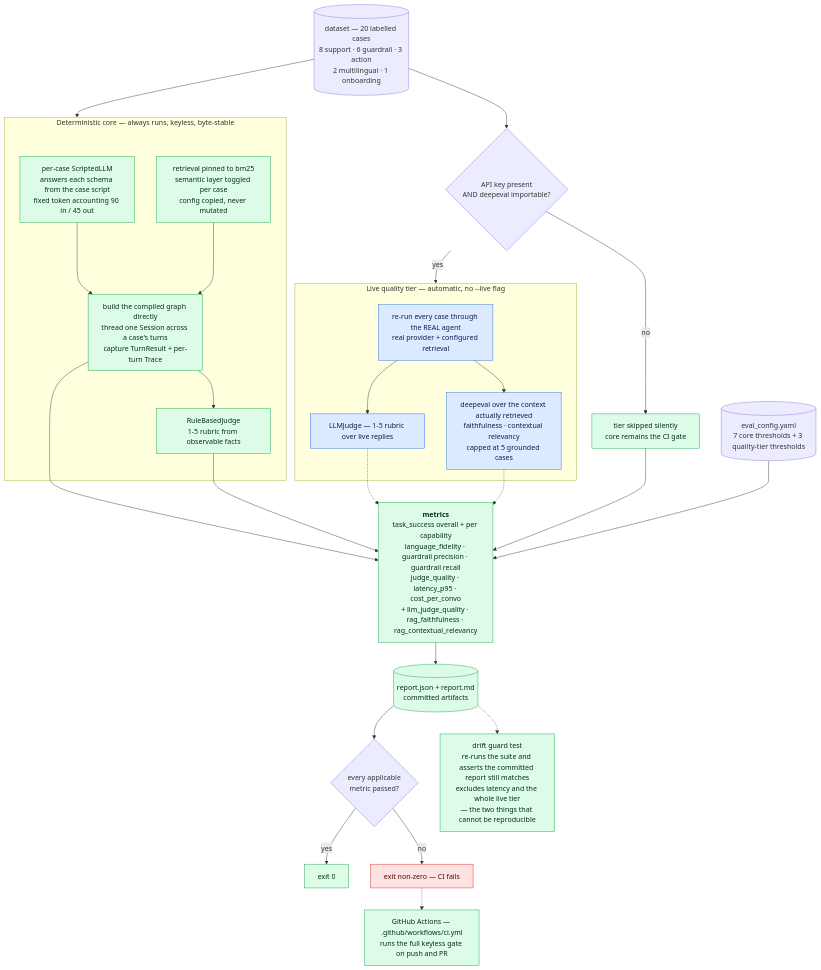
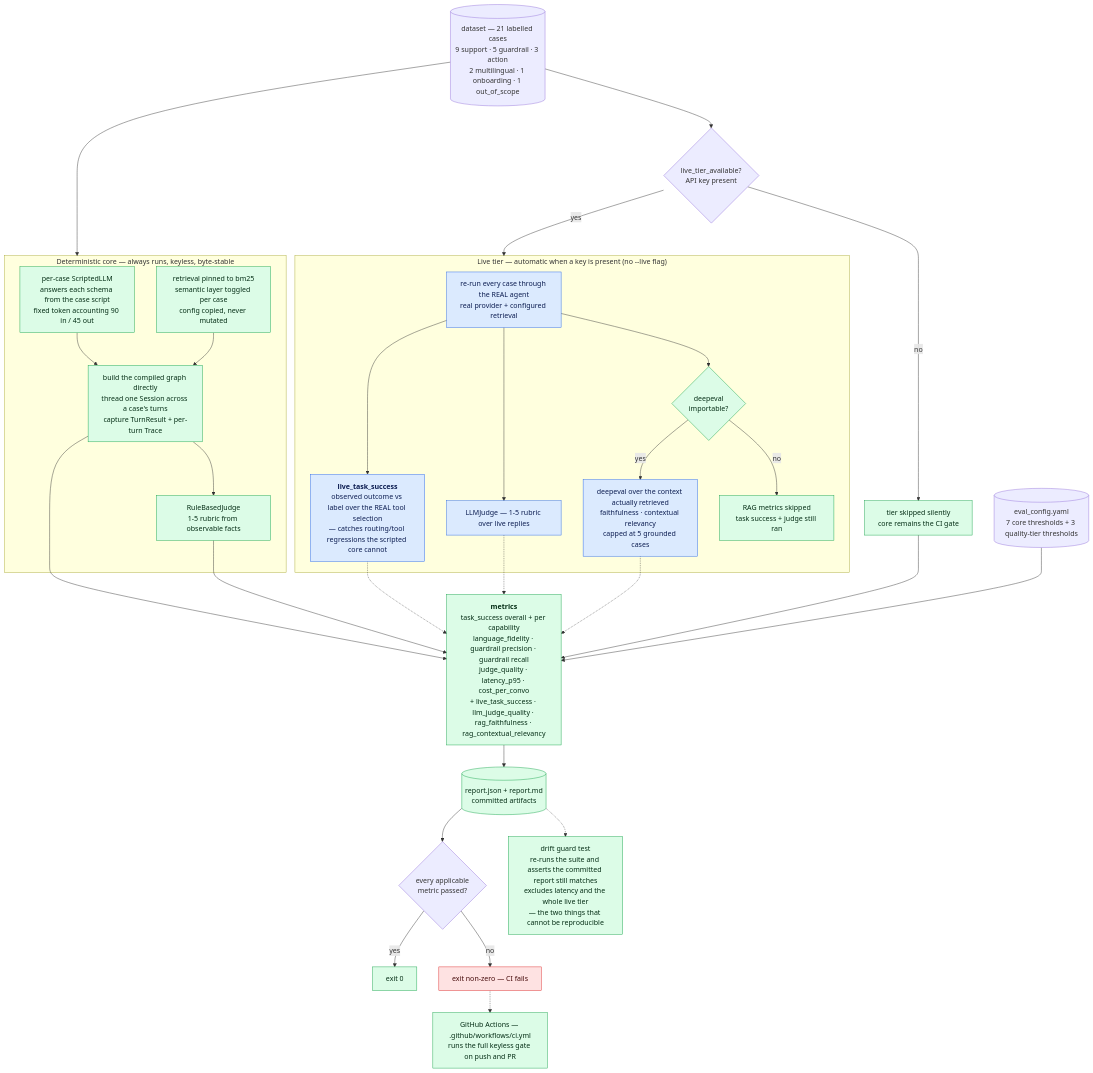
The diagram in docs/layer-6-evaluation.md (Deyber2000/zapp-ai-agent), drawn with Mermaid before and after one commit. The commit also changed 7 other files, not shown here.

Commit message:
docs: reconcile to the agent core + component map & refreshed layer diagrams

````diff
--- a/docs/layer-6-evaluation.md
+++ b/docs/layer-6-evaluation.md
@@ -13,54 +13,58 @@
 ```mermaid
 flowchart TB
-    DS[("dataset — 20 labelled cases<br/>8 support · 6 guardrail · 3 action<br/>2 multilingual · 1 onboarding")]
+    DS[("dataset — 21 labelled cases<br/>9 support · 5 guardrail · 3 action<br/>2 multilingual · 1 onboarding · 1 out_of_scope")]
     TH[("eval_config.yaml<br/>7 core thresholds + 3 quality-tier thresholds")]
 
     DS --> CORE
     subgraph CORE["Deterministic core — always runs, keyless, byte-stable"]
         SCR["per-case ScriptedLLM<br/>answers each schema from the case script<br/>fixed token accounting 90 in / 45 out"]
         PIN["retrieval pinned to bm25<br/>semantic layer toggled per case<br/>config copied, never mutated"]
         RUN["build the compiled graph directly<br/>thread one Session across a case's turns<br/>capture TurnResult + per-turn Trace"]
         SCR --> RUN
         PIN --> RUN
         RUN --> RJ["RuleBasedJudge<br/>1-5 rubric from observable facts"]
     end
 
-    KEYQ{"API key present<br/>AND deepeval importable?"}
+    KEYQ{"live_tier_available?<br/>API key present"}
     DS --> KEYQ
     KEYQ -->|no| SKIP["tier skipped silently<br/>core remains the CI gate"]
     KEYQ -->|yes| LIVE
 
-    subgraph LIVE["Live quality tier — automatic, no --live flag"]
+    subgraph LIVE["Live tier — automatic when a key is present (no --live flag)"]
         REAL["re-run every case through the REAL agent<br/>real provider + configured retrieval"]
+        REAL --> LTS["<b>live_task_success</b><br/>observed outcome vs label over the REAL tool selection<br/>— catches routing/tool regressions the scripted core cannot"]
         REAL --> LJ["LLMJudge — 1-5 rubric over live replies"]
-        REAL --> DE["deepeval over the context actually retrieved<br/>faithfulness · contextual relevancy<br/>capped at 5 grounded cases"]
+        REAL --> DEQ{"deepeval<br/>importable?"}
+        DEQ -->|yes| DE["deepeval over the context actually retrieved<br/>faithfulness · contextual relevancy<br/>capped at 5 grounded cases"]
+        DEQ -->|no| DESK["RAG metrics skipped<br/>task success + judge still ran"]
     end
 
     RUN --> M
     RJ --> M
+    LTS -.-> M
     LJ -.-> M
     DE -.-> M
     SKIP --> M
     TH --> M
 
-    M["<b>metrics</b><br/>task_success overall + per capability<br/>language_fidelity · guardrail precision · guardrail recall<br/>judge_quality · latency_p95 · cost_per_convo<br/>+ llm_judge_quality · rag_faithfulness · rag_contextual_relevancy"]
+    M["<b>metrics</b><br/>task_success overall + per capability<br/>language_fidelity · guardrail precision · guardrail recall<br/>judge_quality · latency_p95 · cost_per_convo<br/>+ live_task_success · llm_judge_quality · rag_faithfulness · rag_contextual_relevancy"]
 
     M --> RPT[("report.json + report.md<br/>committed artifacts")]
     RPT --> EXIT{"every applicable<br/>metric passed?"}
     EXIT -->|yes| Z0["exit 0"]
     EXIT -->|no| Z1["exit non-zero — CI fails"]
 
     GUARD["drift guard test<br/>re-runs the suite and asserts the committed report still matches<br/>excludes latency and the whole live tier<br/>— the two things that cannot be reproducible"]
     RPT -.-> GUARD
 
     CI["GitHub Actions — .github/workflows/ci.yml<br/>runs the full keyless gate on push and PR"]
     Z1 -.-> CI
 
     classDef det fill:#dcfce7,stroke:#16a34a,color:#052e16;
     classDef llm fill:#dbeafe,stroke:#2563eb,color:#0c1d51;
     classDef safe fill:#fee2e2,stroke:#dc2626,color:#450a0a;
     classDef gap fill:#f1f5f9,stroke:#94a3b8,color:#0f172a,stroke-dasharray: 5 4;
-    class SCR,PIN,RUN,RJ,M,RPT,GUARD,SKIP,Z0,CI det;
-    class REAL,LJ,DE llm;
+    class SCR,PIN,RUN,RJ,M,RPT,GUARD,SKIP,Z0,CI,DEQ,DESK det;
+    class REAL,LTS,LJ,DE llm;
     class Z1 safe;
 ```
````
